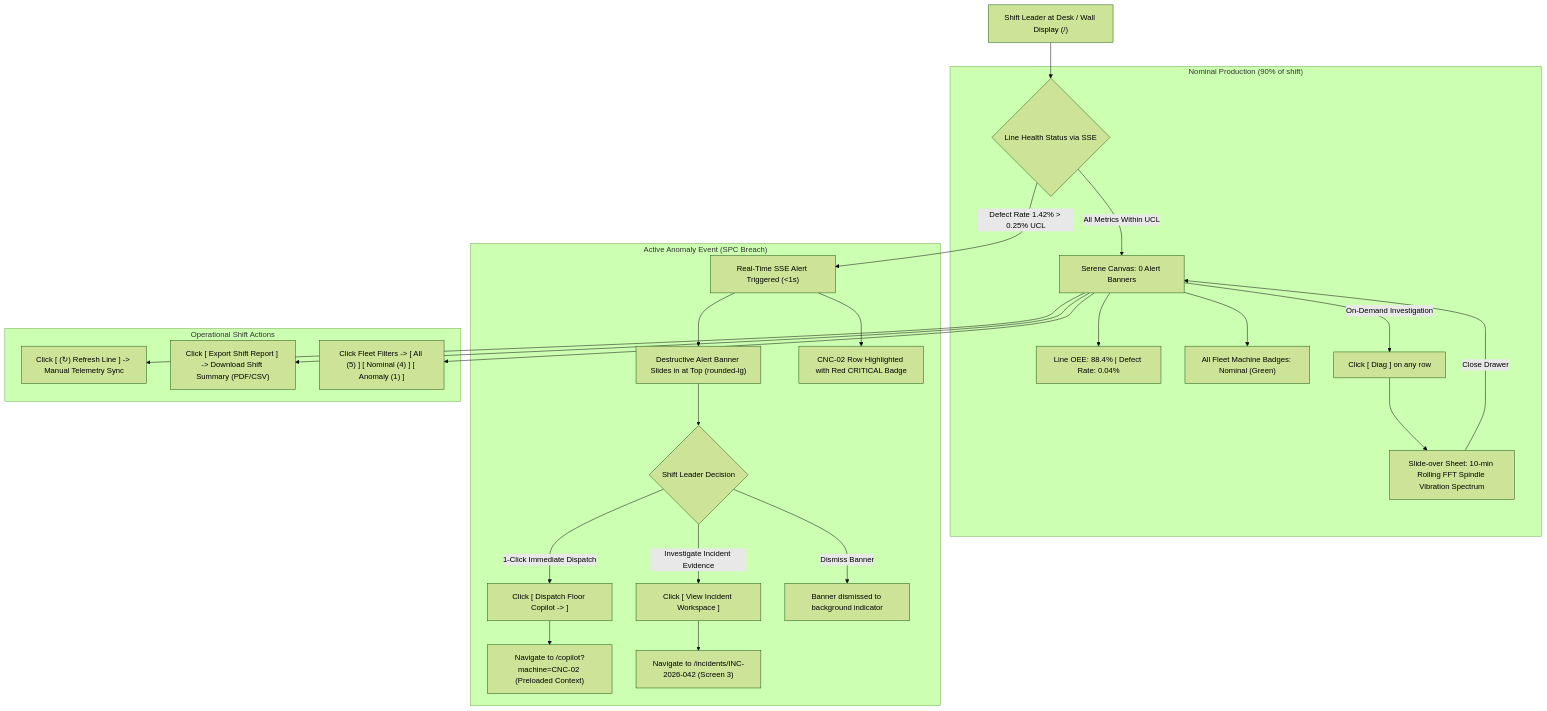
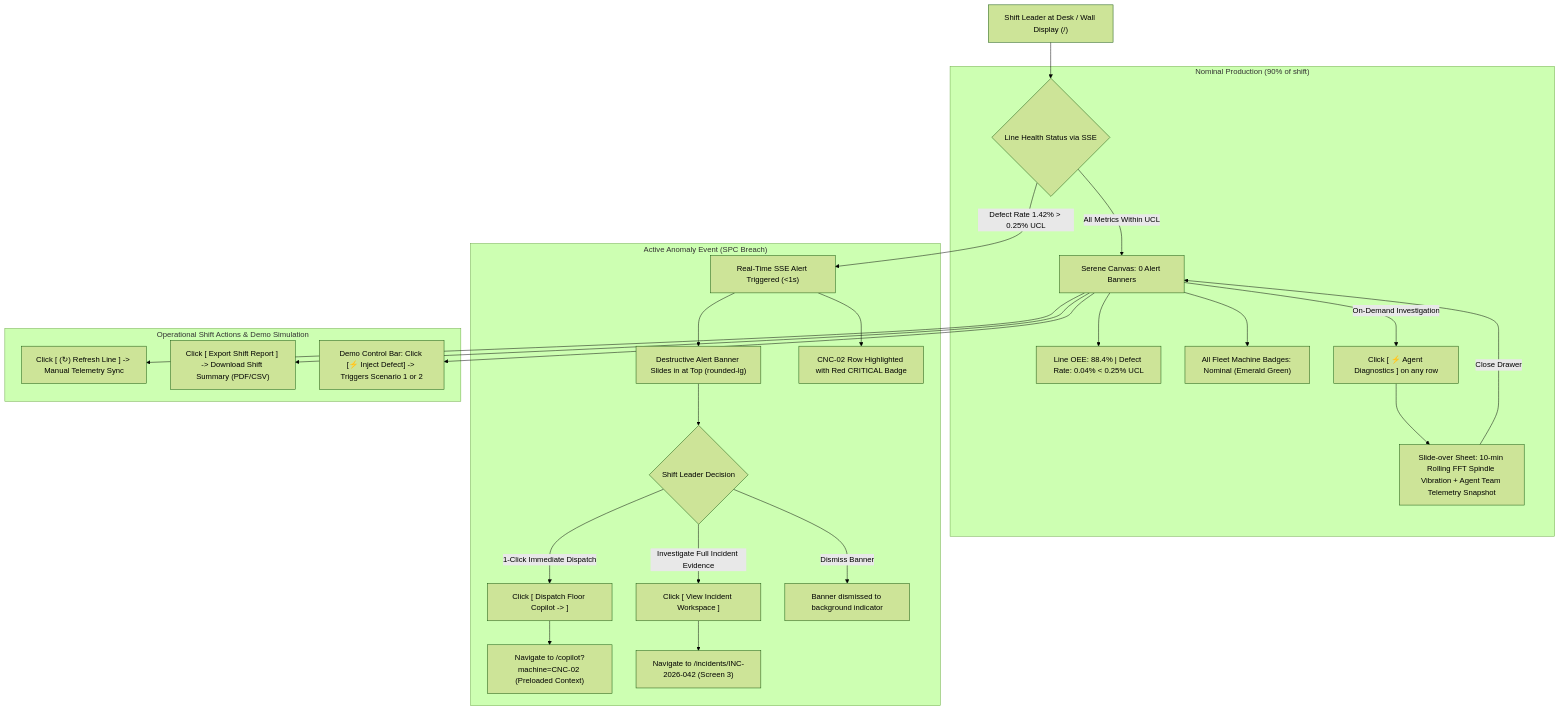
One commit to vanduc2514/hackathon-builder-cup-manufacturing-anomaly changed the diagram in docs/wireframes/01_line_overview.md. Above: the diagram before and after it, drawn with Mermaid (forest theme). The commit also changed other lines of this file and 9 other files, not shown here.

````diff
--- a/docs/wireframes/01_line_overview.md
+++ b/docs/wireframes/01_line_overview.md
@@ -15,34 +16,34 @@
 ```mermaid
 flowchart TD
     A["Shift Leader at Desk / Wall Display (/)"] --> B{"Line Health Status via SSE"}
     
     subgraph Nominal ["Nominal Production (90% of shift)"]
         B -->|"All Metrics Within UCL"| C["Serene Canvas: 0 Alert Banners"]
-        C --> C1["Line OEE: 88.4% | Defect Rate: 0.04%"]
-        C --> C2["All Fleet Machine Badges: Nominal (Green)"]
-        C -->|"On-Demand Investigation"| D["Click [ Diag ] on any row"]
-        D --> D1["Slide-over Sheet: 10-min Rolling FFT Spindle Vibration Spectrum"]
+        C --> C1["Line OEE: 88.4% | Defect Rate: 0.04% < 0.25% UCL"]
+        C --> C2["All Fleet Machine Badges: Nominal (Emerald Green)"]
+        C -->|"On-Demand Investigation"| D["Click [ ⚡ Agent Diagnostics ] on any row"]
+        D --> D1["Slide-over Sheet: 10-min Rolling FFT Spindle Vibration + Agent Team Telemetry Snapshot"]
         D1 -->|"Close Drawer"| C
     end
     
     subgraph Anomaly ["Active Anomaly Event (SPC Breach)"]
         B -->|"Defect Rate 1.42% > 0.25% UCL"| E["Real-Time SSE Alert Triggered (<1s)"]
         E --> F["Destructive Alert Banner Slides in at Top (rounded-lg)"]
         E --> G["CNC-02 Row Highlighted with Red CRITICAL Badge"]
         
         F --> H{"Shift Leader Decision"}
         H -->|"1-Click Immediate Dispatch"| I["Click [ Dispatch Floor Copilot -> ]"]
         I --> I1["Navigate to /copilot?machine=CNC-02 (Preloaded Context)"]
         
-        H -->|"Investigate Incident Evidence"| J["Click [ View Incident Workspace ]"]
+        H -->|"Investigate Full Incident Evidence"| J["Click [ View Incident Workspace ]"]
         J --> J1["Navigate to /incidents/INC-2026-042 (Screen 3)"]
         
         H -->|"Dismiss Banner"| K["Banner dismissed to background indicator"]
     end
     
-    subgraph Actions ["Operational Shift Actions"]
+    subgraph Actions ["Operational Shift Actions & Demo Simulation"]
         C --> L["Click [ (↻) Refresh Line ] -> Manual Telemetry Sync"]
         C --> M["Click [ Export Shift Report ] -> Download Shift Summary (PDF/CSV)"]
-        C --> N["Click Fleet Filters -> [ All (5) ] [ Nominal (4) ] [ Anomaly (1) ]"]
+        C --> N["Demo Control Bar: Click [⚡ Inject Defect] -> Triggers Scenario 1 or 2"]
     end
 ```
````
